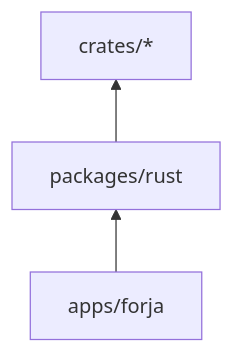
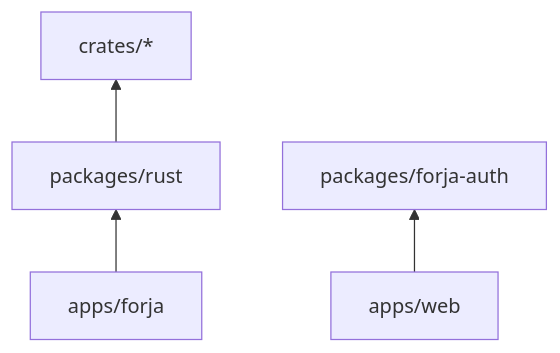
Before and after one commit to mGhassen/Forja: the third of 3 diagrams in docs/ARCHITECTURE.md, drawn with Mermaid. The commit also changed other lines of this file and 39 other files, not shown here.

````diff
--- a/docs/ARCHITECTURE.md
+++ b/docs/ARCHITECTURE.md
@@ -379,6 +283,7 @@
 ```mermaid
 flowchart BT
   rust[packages/rust]
   app["apps/forja"] --> rust
   rust --> crates[crates/*]
+  web["apps/web"] --> auth[packages/forja-auth]
 ```
````
